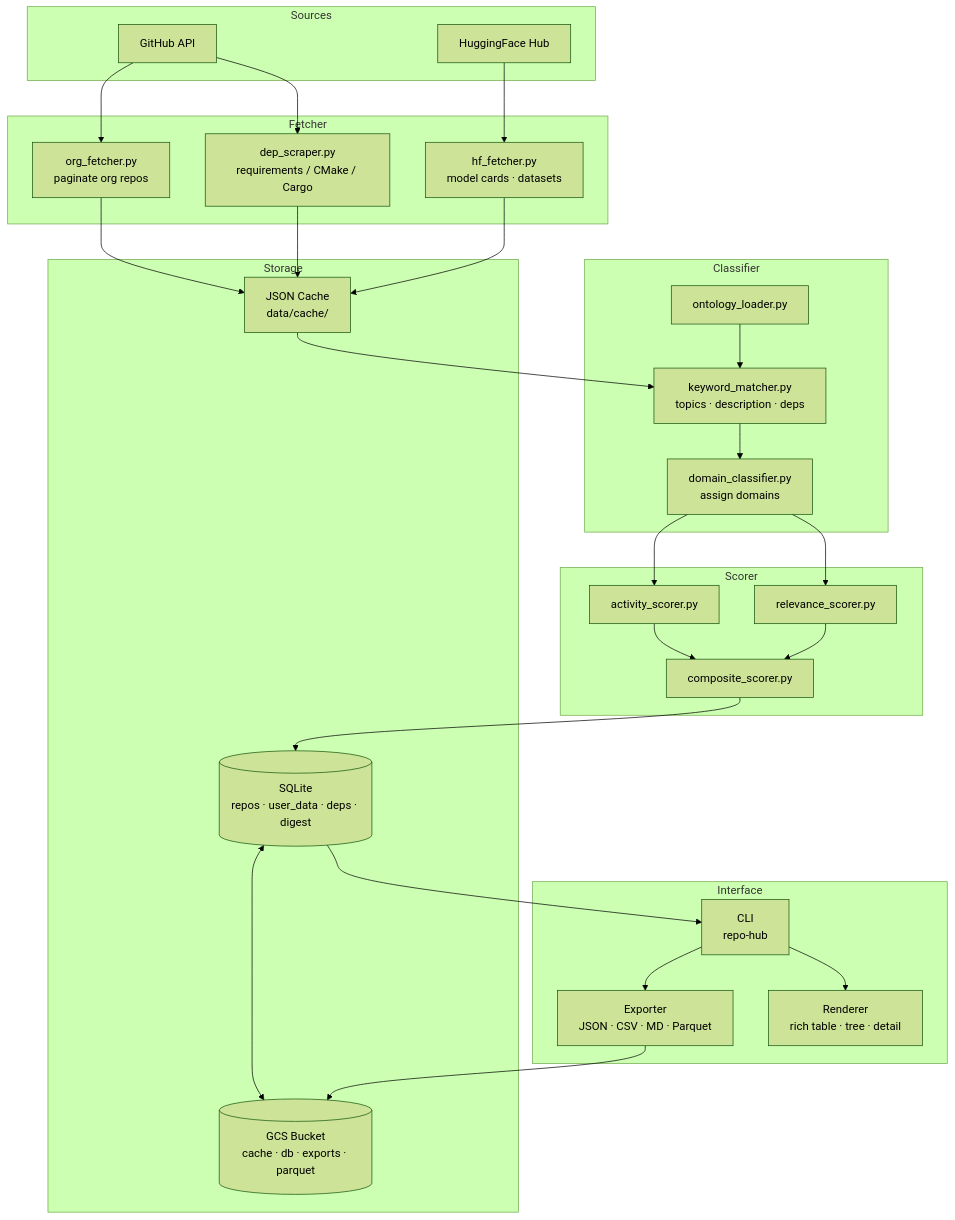
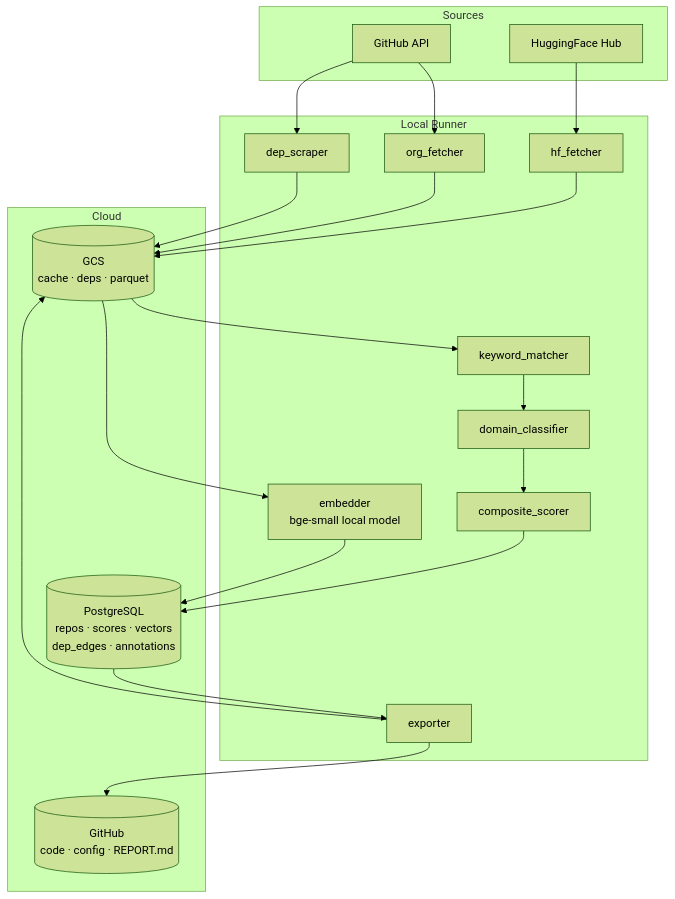
One commit to rajaghv-dev/repo-hub changed the first of 2 diagrams in docs/ARCHITECTURE.md. Above: the diagram before and after it, drawn with Mermaid (forest theme). The commit also changed other lines of this file and 3 other files, not shown here.

First line of the commit message:
Arch: ephemeral compute model, PostgreSQL primary, GCS blob store

````diff
--- a/docs/ARCHITECTURE.md
+++ b/docs/ARCHITECTURE.md
@@ -11,47 +43,32 @@
 ```mermaid
 graph TB
     subgraph Sources
         GH[GitHub API]
         HF[HuggingFace Hub]
     end
 
-    subgraph Fetcher
-        OF[org_fetcher.py<br/>paginate org repos]
-        DS[dep_scraper.py<br/>requirements / CMake / Cargo]
-        HFF[hf_fetcher.py<br/>model cards · datasets]
+    subgraph Local Runner
+        OF[org_fetcher]
+        DS[dep_scraper]
+        HFF[hf_fetcher]
+        KM[keyword_matcher]
+        DC[domain_classifier]
+        EM[embedder<br/>bge-small local model]
+        CS[composite_scorer]
+        EX[exporter]
     end
 
-    subgraph Classifier
-        OL[ontology_loader.py]
-        KM[keyword_matcher.py<br/>topics · description · deps]
-        DC[domain_classifier.py<br/>assign domains]
+    subgraph Cloud
+        PG[(PostgreSQL<br/>repos · scores · vectors<br/>dep_edges · annotations)]
+        GCSS[(GCS<br/>cache · deps · parquet)]
+        GIT[(GitHub<br/>code · config · REPORT.md)]
     end
 
-    subgraph Scorer
-        AS[activity_scorer.py]
-        RS[relevance_scorer.py]
-        CS[composite_scorer.py]
-    end
-
-    subgraph Storage
-        JC[JSON Cache<br/>data/cache/]
-        DB[(SQLite<br/>repos · user_data · deps · digest)]
-        GCS[(GCS Bucket<br/>cache · db · exports · parquet)]
-    end
-
-    subgraph Interface
-        CLI[CLI<br/>repo-hub]
-        EX[Exporter<br/>JSON · CSV · MD · Parquet]
-        RD[Renderer<br/>rich table · tree · detail]
-    end
-
-    GH --> OF --> JC
-    GH --> DS --> JC
-    HF --> HFF --> JC
-    JC --> KM
-    OL --> KM --> DC --> AS & RS
-    AS & RS --> CS --> DB
-    DB <--> GCS
-    DB --> CLI --> RD & EX
-    EX --> GCS
+    GH --> OF --> GCSS
+    GH --> DS --> GCSS
+    HF --> HFF --> GCSS
+    GCSS --> KM --> DC --> CS --> PG
+    GCSS --> EM --> PG
+    PG --> EX --> GCSS
+    EX --> GIT
 ```
````
